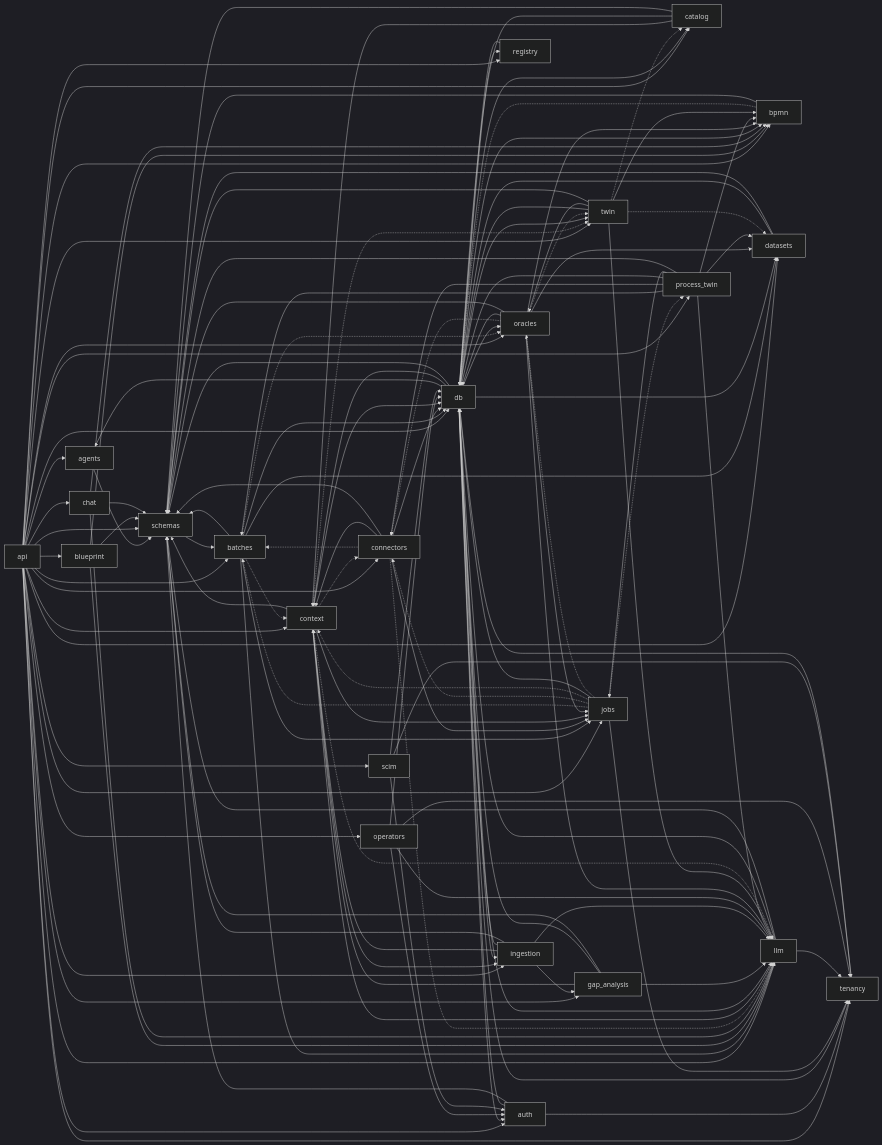
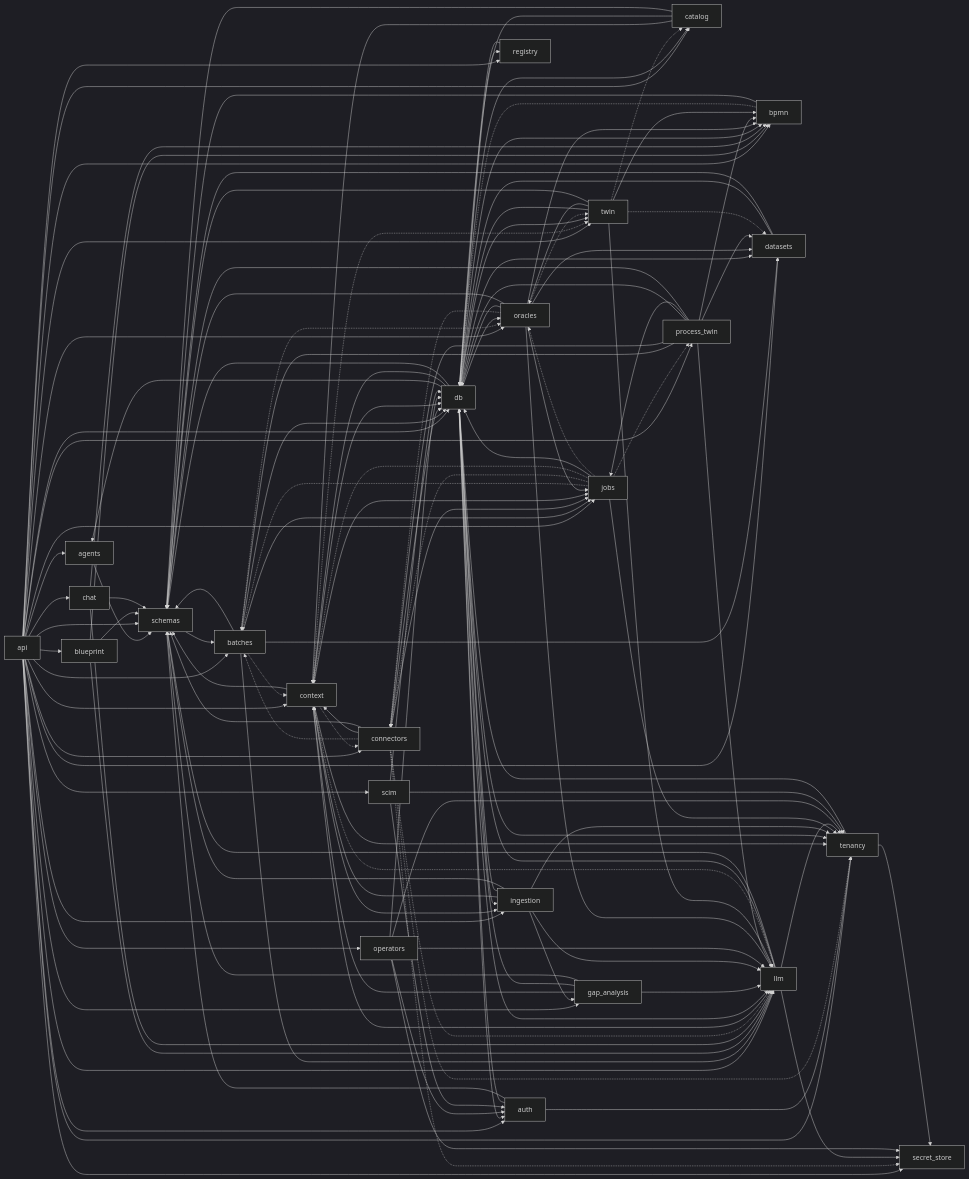
The third of 8 diagrams in docs/wiki/Architecture.md (jayendukumar/agentify), drawn with Mermaid (dark theme) before and after one commit. The commit also changed other lines of this file and 41 other files, not shown here.

```diff
--- a/docs/wiki/Architecture.md
+++ b/docs/wiki/Architecture.md
@@ -144,6 +145,7 @@
     api --> registry
     api --> schemas
     api --> scim
+    api --> secret_store
     api --> tenancy
     api --> twin
     auth --> db
@@ -173,12 +175,15 @@
     connectors --> jobs
     connectors -.-> llm
     connectors --> schemas
+    connectors -.-> secret_store
+    connectors -.-> tenancy
     context -.-> connectors
     context --> db
     context --> ingestion
     context --> jobs
     context --> llm
     context --> schemas
+    context --> tenancy
     context -.-> twin
     datasets --> db
     datasets --> schemas
@@ -204,6 +209,7 @@
     ingestion --> gap_analysis
     ingestion --> llm
     ingestion --> schemas
+    ingestion --> tenancy
     jobs -.-> batches
     jobs -.-> connectors
     jobs -.-> context
@@ -214,10 +220,12 @@
     llm -.-> context
     llm --> db
     llm --> schemas
+    llm --> secret_store
     llm --> tenancy
     operators --> auth
     operators --> db
     operators --> llm
+    operators --> secret_store
     operators --> tenancy
     oracles --> bpmn
     oracles -.-> connectors
@@ -241,6 +249,7 @@
     scim --> db
     scim --> tenancy
     tenancy --> db
+    tenancy --> secret_store
     twin --> bpmn
     twin -.-> catalog
     twin -.-> datasets
```
